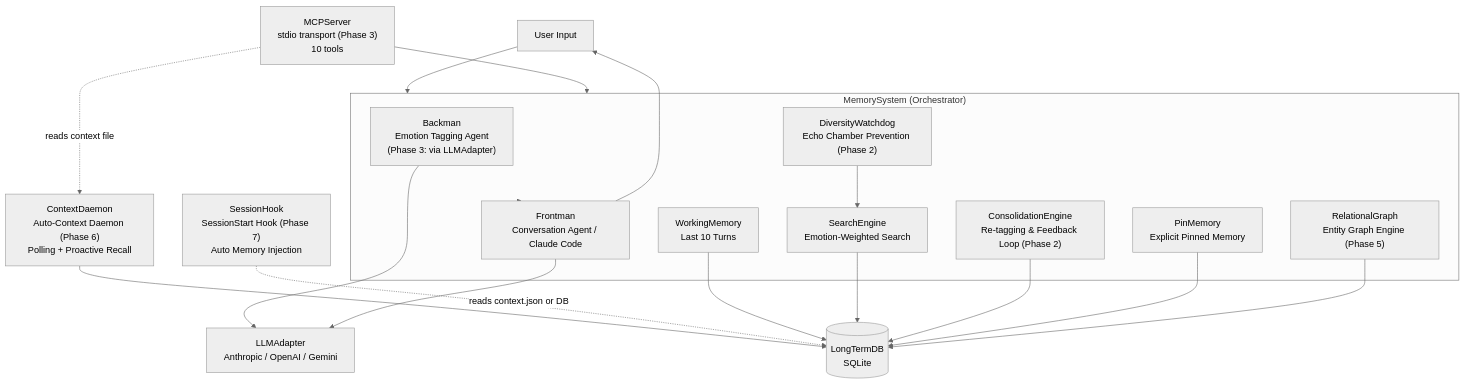
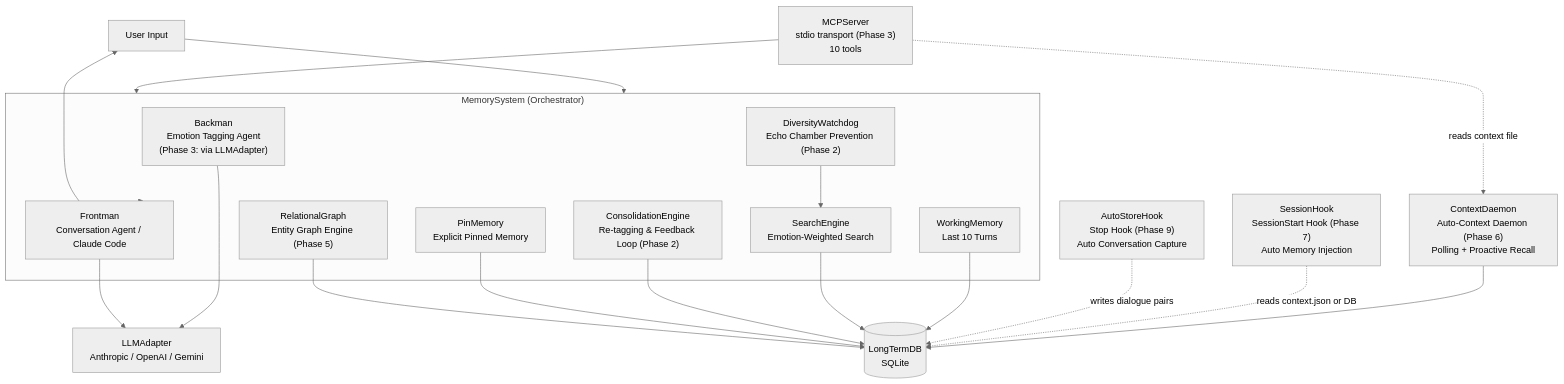
One commit to NOBI327/amygdala changed the diagram in README.md. Above: the diagram before and after it, drawn with Mermaid (neutral theme). The commit also changed other lines of this file, not shown here.

Commit message:
Update README for Phase 9: auto-store Stop hook

````diff
--- a/README.md
+++ b/README.md
@@ -98,37 +101,39 @@
 ```mermaid
 graph TD
     User["User Input"] --> MemorySystem
 
     subgraph MemorySystem["MemorySystem (Orchestrator)"]
         Backman["Backman\nEmotion Tagging Agent\n(Phase 3: via LLMAdapter)"]
         SearchEngine["SearchEngine\nEmotion-Weighted Search"]
         DiversityWatchdog["DiversityWatchdog\nEcho Chamber Prevention (Phase 2)"]
         ConsolidationEngine["ConsolidationEngine\nRe-tagging & Feedback Loop (Phase 2)"]
         RelationalGraph["RelationalGraph\nEntity Graph Engine (Phase 5)"]
         WorkingMemory["WorkingMemory\nLast 10 Turns"]
         PinMemory["PinMemory\nExplicit Pinned Memory"]
         Frontman["Frontman\nConversation Agent / Claude Code"]
     end
 
     LongTermDB[("LongTermDB\nSQLite")]
     LLMAdapter["LLMAdapter\nAnthropic / OpenAI / Gemini"]
     ContextDaemon["ContextDaemon\nAuto-Context Daemon (Phase 6)\nPolling + Proactive Recall"]
     SessionHook["SessionHook\nSessionStart Hook (Phase 7)\nAuto Memory Injection"]
+    AutoStoreHook["AutoStoreHook\nStop Hook (Phase 9)\nAuto Conversation Capture"]
     MCPServer["MCPServer\nstdio transport (Phase 3)\n10 tools"]
 
     Backman --> LLMAdapter
     Frontman --> LLMAdapter
     MCPServer --> MemorySystem
     ContextDaemon --> LongTermDB
     MCPServer -.->|reads context file| ContextDaemon
     SessionHook -.->|reads context.json or DB| LongTermDB
+    AutoStoreHook -.->|writes dialogue pairs| LongTermDB
     WorkingMemory --> LongTermDB
     SearchEngine --> LongTermDB
     ConsolidationEngine --> LongTermDB
     PinMemory --> LongTermDB
     RelationalGraph --> LongTermDB
     DiversityWatchdog --> SearchEngine
 
     MemorySystem --> Frontman
     Frontman --> User
 ```
````
